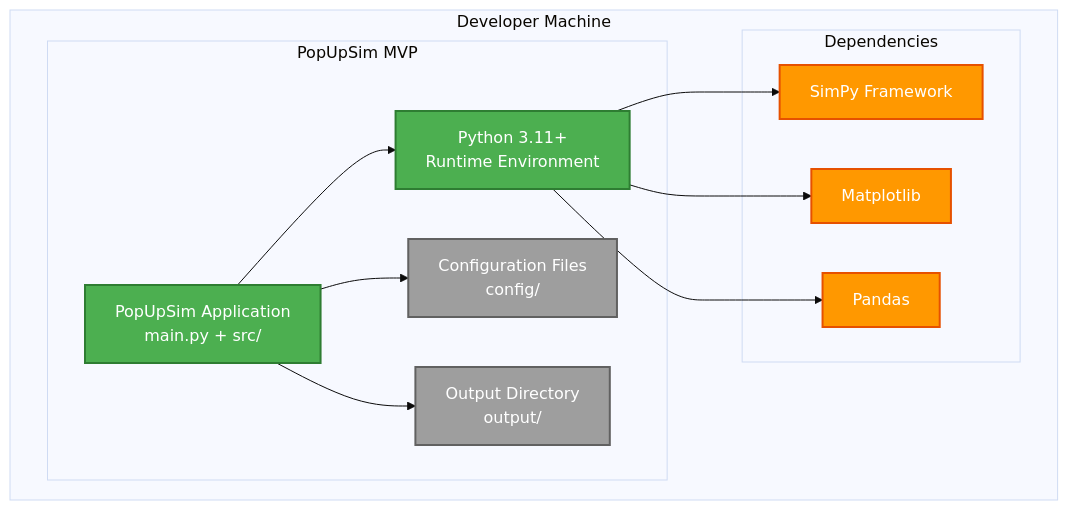
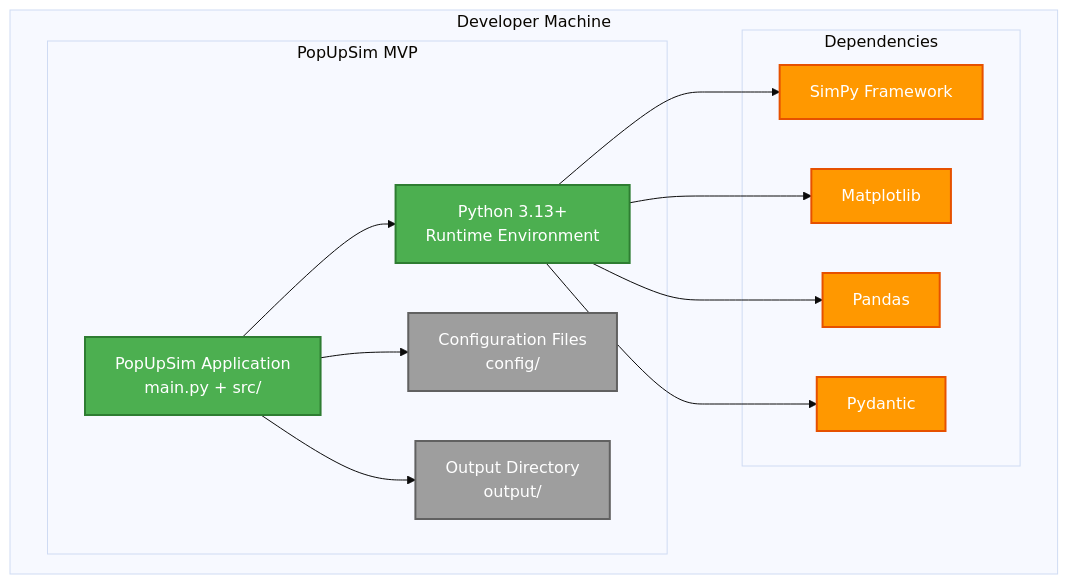
The first of 5 diagrams in docs/mvp/architecture/07-deployment.md (OpenRailAssociation/dac-migration-dss-popupsim), drawn with Mermaid (base theme) before and after one commit. The commit also changed other lines of this file and 19 other files, not shown here.

First line of the commit message:
docs(pages): 📝 update MVP architecture

````diff
--- a/docs/mvp/architecture/07-deployment.md
+++ b/docs/mvp/architecture/07-deployment.md
@@ -7,32 +7,34 @@
 ```mermaid
 graph TB
     subgraph "Developer Machine"
         subgraph "PopUpSim MVP"
-            Python[Python 3.11+<br/>Runtime Environment]
+            Python[Python 3.13+<br/>Runtime Environment]
             App[PopUpSim Application<br/>main.py + src/]
             Config[Configuration Files<br/>config/]
             Output[Output Directory<br/>output/]
         end
 
         subgraph "Dependencies"
             SimPy[SimPy Framework]
             Matplotlib[Matplotlib]
             Pandas[Pandas]
+            Pydantic[Pydantic]
         end
     end
 
     App --> Python
     App --> Config
     App --> Output
     Python --> SimPy
     Python --> Matplotlib
     Python --> Pandas
+    Python --> Pydantic
 
     classDef app fill:#4caf50,stroke:#2e7d32,stroke-width:2px,color:#fff
     classDef deps fill:#ff9800,stroke:#e65100,stroke-width:2px,color:#fff
     classDef files fill:#9e9e9e,stroke:#616161,stroke-width:2px,color:#fff
 
     class Python,App app
-    class SimPy,Matplotlib,Pandas deps
+    class SimPy,Matplotlib,Pandas,Pydantic deps
     class Config,Output files
 ```
````
